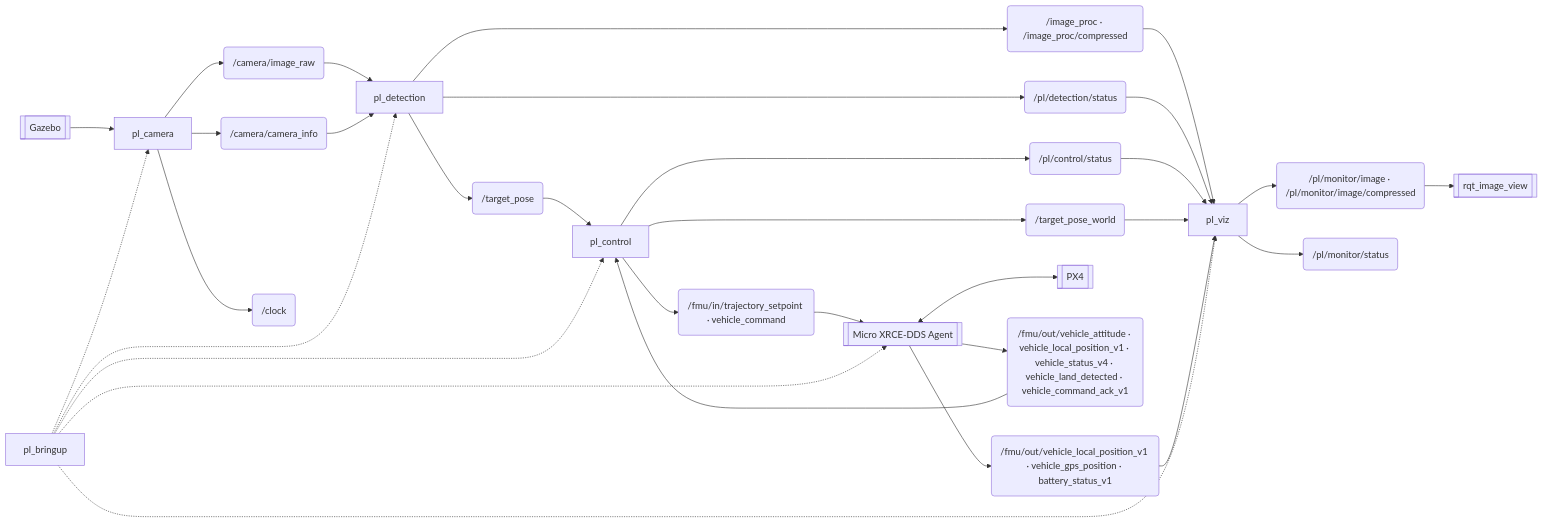
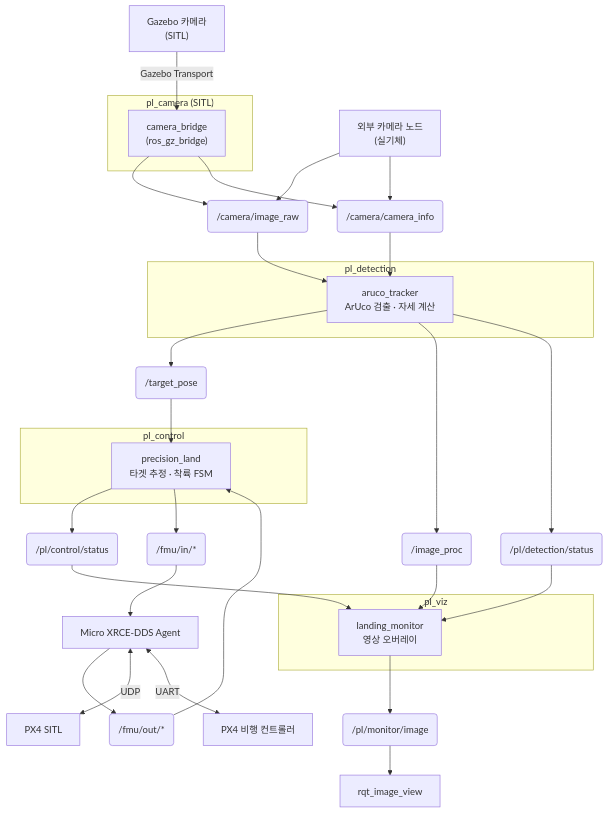
Before and after one commit to IN-AIR-KR/precision-landing: the first of 3 diagrams in README.md, drawn with Mermaid. The commit also changed other lines of this file and 1 other file, not shown here.

Commit message:
Clarify node architecture and initialize landing in Idle

````diff
--- a/README.md
+++ b/README.md
@@ -40,23 +20,54 @@
 ```mermaid
-flowchart LR
-    GZ[[Gazebo]] --> CAM[pl_camera]
-    CAM --> IMAGE("/camera/image_raw") --> DET[pl_detection]
-    CAM --> INFO("/camera/camera_info") --> DET
-    CAM --> CLOCK("/clock")
-    DET --> POSE("/target_pose") --> CTRL[pl_control]
-    DET --> DEBUG("/image_proc · /image_proc/compressed") --> VIZ[pl_viz]
-    DET --> DS("/pl/detection/status") --> VIZ
-    CTRL --> CS("/pl/control/status") --> VIZ
-    CTRL --> WORLD("/target_pose_world") --> VIZ
-    CTRL --> CMD("/fmu/in/trajectory_setpoint · vehicle_command") --> DDS[[Micro XRCE-DDS Agent]]
-    DDS <--> PX4[[PX4]]
-    DDS --> FLIGHT("/fmu/out/vehicle_attitude · vehicle_local_position_v1 · vehicle_status_v4 · vehicle_land_detected · vehicle_command_ack_v1") --> CTRL
-    DDS --> TEL("/fmu/out/vehicle_local_position_v1 · vehicle_gps_position · battery_status_v1") --> VIZ
-    VIZ --> HUD("/pl/monitor/image · /pl/monitor/image/compressed") --> VIEW[[rqt_image_view]]
-    VIZ --> STATUS("/pl/monitor/status")
-    BRINGUP[pl_bringup] -.-> CAM
-    BRINGUP -.-> DET
-    BRINGUP -.-> CTRL
-    BRINGUP -.-> VIZ
-    BRINGUP -.-> DDS
+graph TD
+    GAZEBO["Gazebo 카메라<br/>(SITL)"]
+    EXTERNAL["외부 카메라 노드<br/>(실기체)"]
+
+    subgraph pl_camera ["pl_camera (SITL)"]
+        CAMERA_BRIDGE["camera_bridge<br/>(ros_gz_bridge)"]
+    end
+
+    IMAGE("/camera/image_raw")
+    INFO("/camera/camera_info")
+
+    subgraph pl_detection ["pl_detection"]
+        DETECTOR["aruco_tracker<br/>ArUco 검출 · 자세 계산"]
+    end
+
+    POSE("/target_pose")
+    DEBUG("/image_proc")
+    DETECTION_STATUS("/pl/detection/status")
+
+    subgraph pl_control ["pl_control"]
+        CONTROL["precision_land<br/>타겟 추정 · 착륙 FSM"]
+    end
+
+    COMMAND("/fmu/in/*")
+    FLIGHT_STATE("/fmu/out/*")
+    CONTROL_STATUS("/pl/control/status")
+
+    subgraph pl_viz ["pl_viz"]
+        MONITOR["landing_monitor<br/>영상 오버레이"]
+    end
+
+    HUD("/pl/monitor/image")
+    VIEWER["rqt_image_view"]
+    AGENT["Micro XRCE-DDS Agent"]
+    PX4_SITL["PX4 SITL"]
+    PX4_HW["PX4 비행 컨트롤러"]
+
+    GAZEBO -->|Gazebo Transport| CAMERA_BRIDGE
+    CAMERA_BRIDGE --> IMAGE & INFO
+    EXTERNAL --> IMAGE & INFO
+    IMAGE & INFO --> DETECTOR
+
+    DETECTOR --> POSE --> CONTROL
+    DETECTOR --> DEBUG & DETECTION_STATUS
+    CONTROL --> CONTROL_STATUS
+    DEBUG & DETECTION_STATUS & CONTROL_STATUS --> MONITOR
+    MONITOR --> HUD --> VIEWER
+
+    CONTROL --> COMMAND --> AGENT
+    AGENT --> FLIGHT_STATE --> CONTROL
+    AGENT <-->|UDP| PX4_SITL
+    AGENT <-->|UART| PX4_HW
 ```
````
